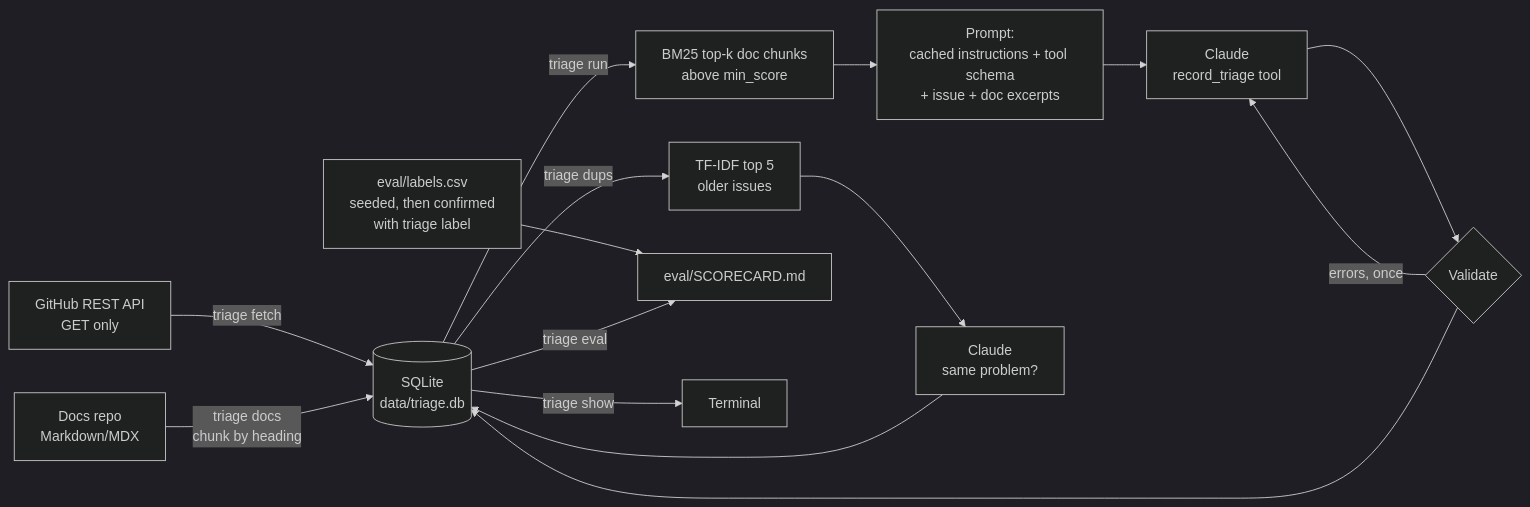
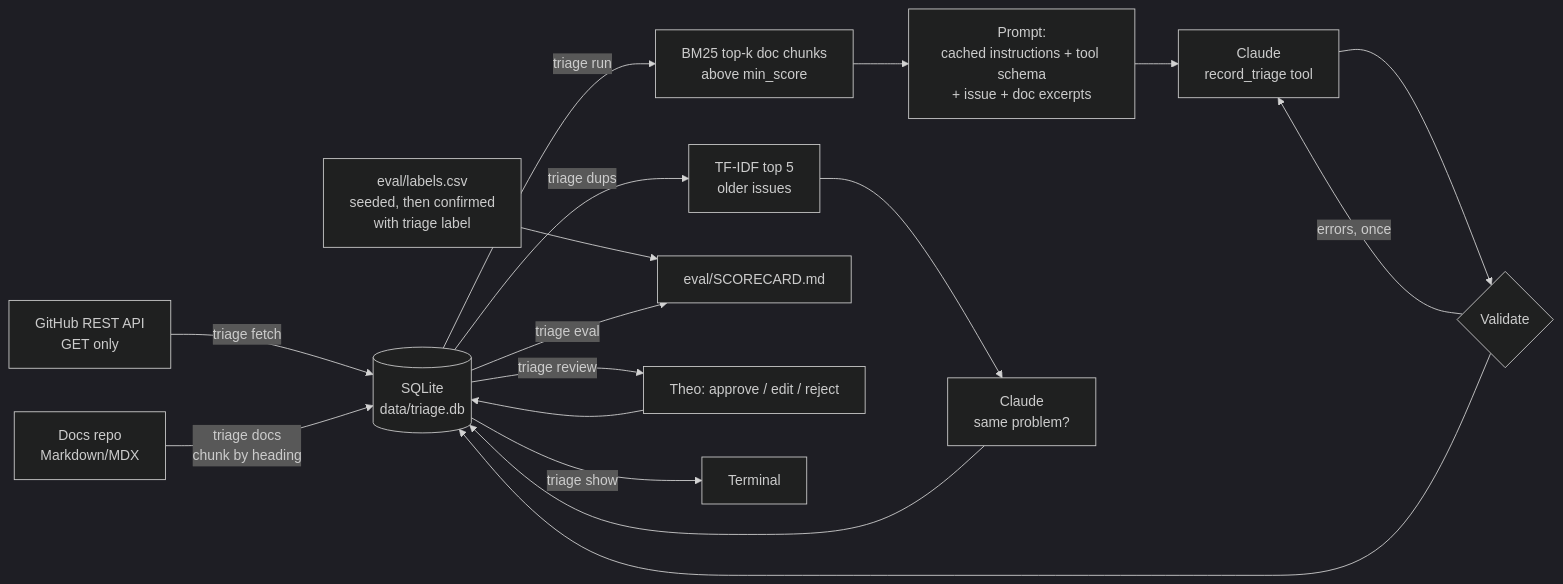
One commit to iVoyd/support-triage-assistant changed the diagram in README.md. Above: the diagram before and after it, drawn with Mermaid (dark theme). The commit also changed other lines of this file and 8 other files, not shown here.

````diff
--- a/README.md
+++ b/README.md
@@ -17,17 +42,19 @@
 ```mermaid
 flowchart LR
     GH[GitHub REST API<br/>GET only] -->|triage fetch| DB[(SQLite<br/>data/triage.db)]
     DOCS[Docs repo<br/>Markdown/MDX] -->|triage docs<br/>chunk by heading| DB
     DB -->|triage run| R[BM25 top-k doc chunks<br/>above min_score]
     R --> P[Prompt:<br/>cached instructions + tool schema<br/>+ issue + doc excerpts]
     P --> C[Claude<br/>record_triage tool]
     C --> V{Validate}
     V -->|errors, once| C
     V --> DB
     DB -->|triage dups| T[TF-IDF top 5<br/>older issues]
     T --> C2[Claude<br/>same problem?]
     C2 --> DB
     L[eval/labels.csv<br/>seeded, then confirmed<br/>with triage label] --> E
     DB -->|triage eval| E[eval/SCORECARD.md]
+    DB -->|triage review| RV[Theo: approve / edit / reject]
+    RV --> DB
     DB -->|triage show| U[Terminal]
 ```
````
